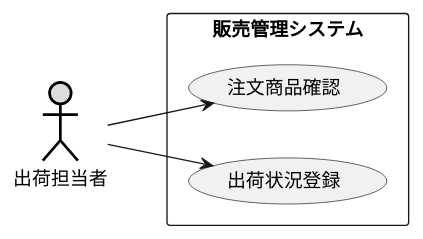
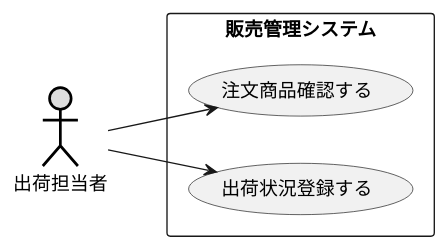
Before and after one commit to orenouserNamehaKawamura1/uml-introduction: the diagram in 演習2-5_盛岡商事_販売管理システム.pu, drawn with PlantUML. The commit also changed 2 other files, not shown here.

```diff
--- a/演習2-5_盛岡商事_販売管理システム.pu
+++ b/演習2-5_盛岡商事_販売管理システム.pu
@@ -1,10 +1,10 @@
 @startuml 演習2-5
     left to right direction
     actor 出荷担当者 #DDDDDD;line:black;line.bold;
     rectangle 販売管理システム{
-        usecase 注文商品確認 as confirm
-        usecase 出荷状況登録 as register
+        usecase 注文商品確認する as confirm
+        usecase 出荷状況登録する as register
     }
     出荷担当者 --> confirm 
     出荷担当者 --> register
 @enduml
```
